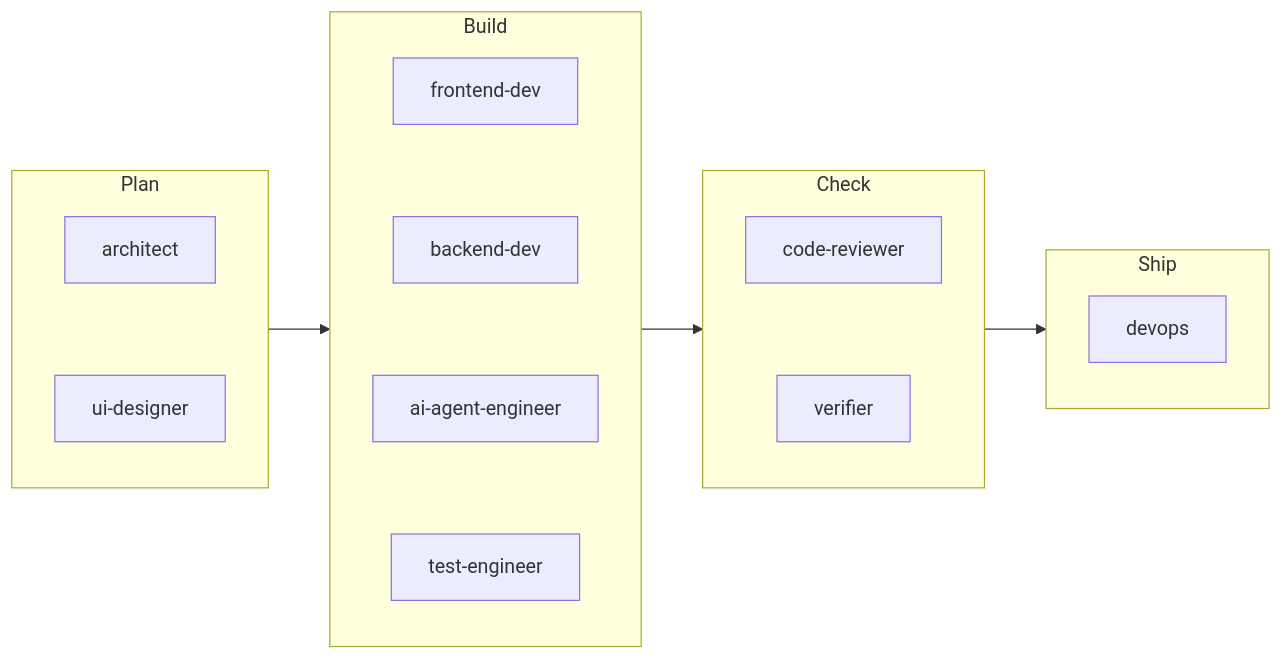
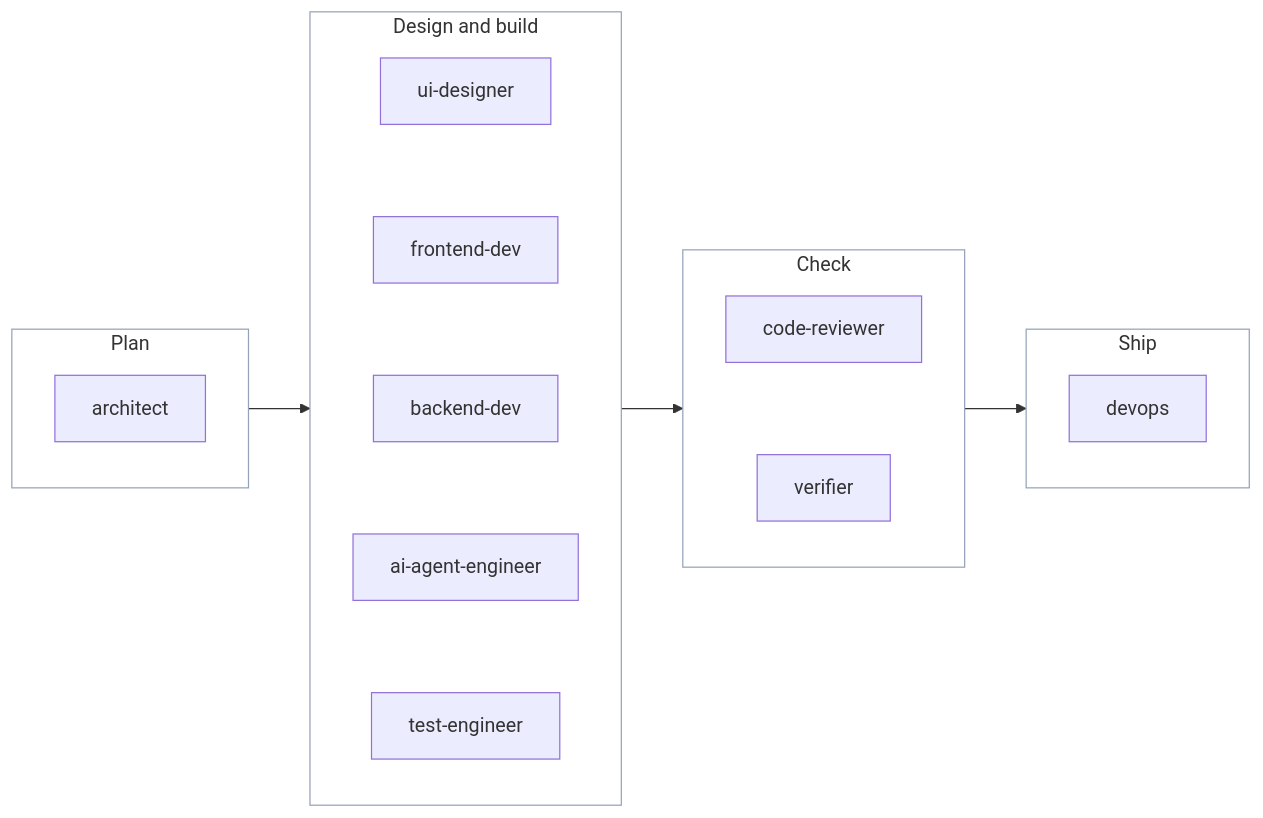
One commit to suryas91/claude-skills changed the diagram in docs/personas.md. Above: the diagram before and after it, drawn with Mermaid. The commit also changed other lines of this file and 19 other files, not shown here.

First line of the commit message:
Docs review round 2: complete undo, accurate history, installer robustness, cleaner diagrams

````diff
--- a/docs/personas.md
+++ b/docs/personas.md
@@ -12,20 +12,24 @@
 ```mermaid
 flowchart LR
     subgraph Plan
         direction TB
-        A[architect] ~~~ D[ui-designer]
+        A[architect]
     end
-    subgraph Build
+    subgraph Build [Design and build]
         direction TB
-        F[frontend-dev] ~~~ B[backend-dev] ~~~ AI[ai-agent-engineer] ~~~ T[test-engineer]
+        D[ui-designer] ~~~ F[frontend-dev] ~~~ B[backend-dev] ~~~ AI[ai-agent-engineer] ~~~ T[test-engineer]
     end
     subgraph Check
         direction TB
         R[code-reviewer] ~~~ V[verifier]
     end
     subgraph Ship
         direction TB
         O[devops]
     end
     Plan --> Build --> Check --> Ship
+    style Plan fill:transparent,stroke:#94a3b8
+    style Build fill:transparent,stroke:#94a3b8
+    style Check fill:transparent,stroke:#94a3b8
+    style Ship fill:transparent,stroke:#94a3b8
 ```
````
